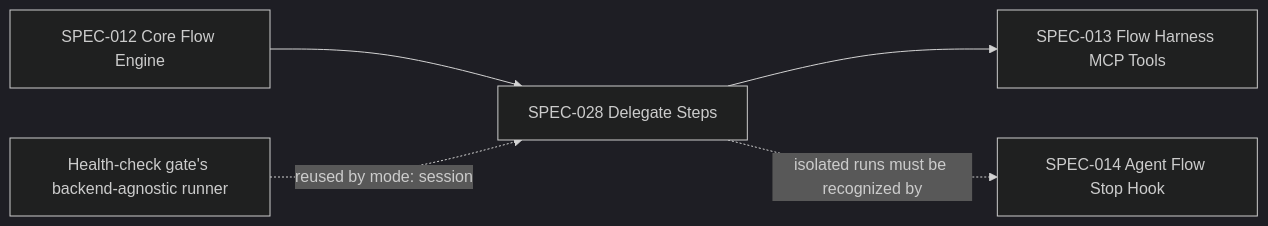
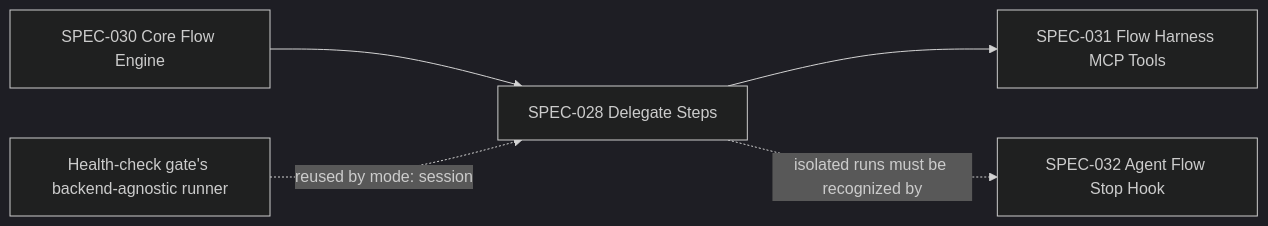
One commit to Swift-Gurus/solid-coder changed the first of 3 diagrams in .claude/specs/SPEC-028-delegate-steps-and-isolated-runs/Spec.md. Above: the diagram before and after it, drawn with Mermaid (dark theme). The commit also changed other lines of this file and 687 other files, not shown here.

````diff
--- a/.claude/specs/SPEC-028-delegate-steps-and-isolated-runs/Spec.md
+++ b/.claude/specs/SPEC-028-delegate-steps-and-isolated-runs/Spec.md
@@ -90,7 +90,7 @@
 ```mermaid
 graph LR
-  SPEC012[SPEC-012 Core Flow Engine] --> SPEC028[SPEC-028 Delegate Steps]
+  SPEC012[SPEC-030 Core Flow Engine] --> SPEC028[SPEC-028 Delegate Steps]
   Gate[Health-check gate's backend-agnostic runner] -.reused by mode: session.-> SPEC028
-  SPEC028 --> SPEC013[SPEC-013 Flow Harness MCP Tools]
-  SPEC028 -.isolated runs must be recognized by.-> SPEC014[SPEC-014 Agent Flow Stop Hook]
+  SPEC028 --> SPEC013[SPEC-031 Flow Harness MCP Tools]
+  SPEC028 -.isolated runs must be recognized by.-> SPEC014[SPEC-032 Agent Flow Stop Hook]
 ```
````
